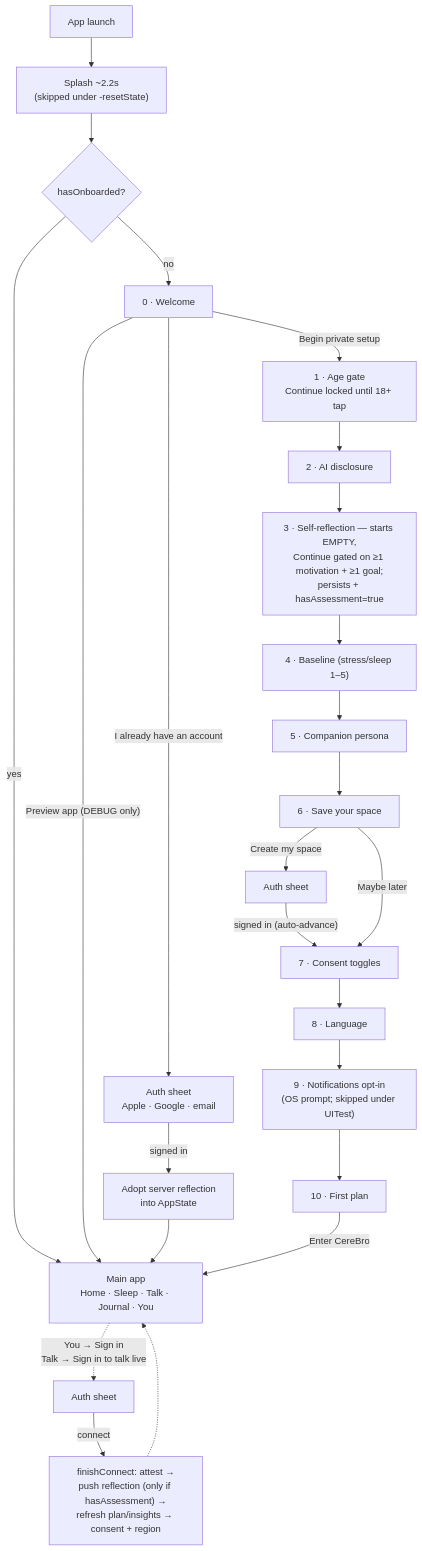
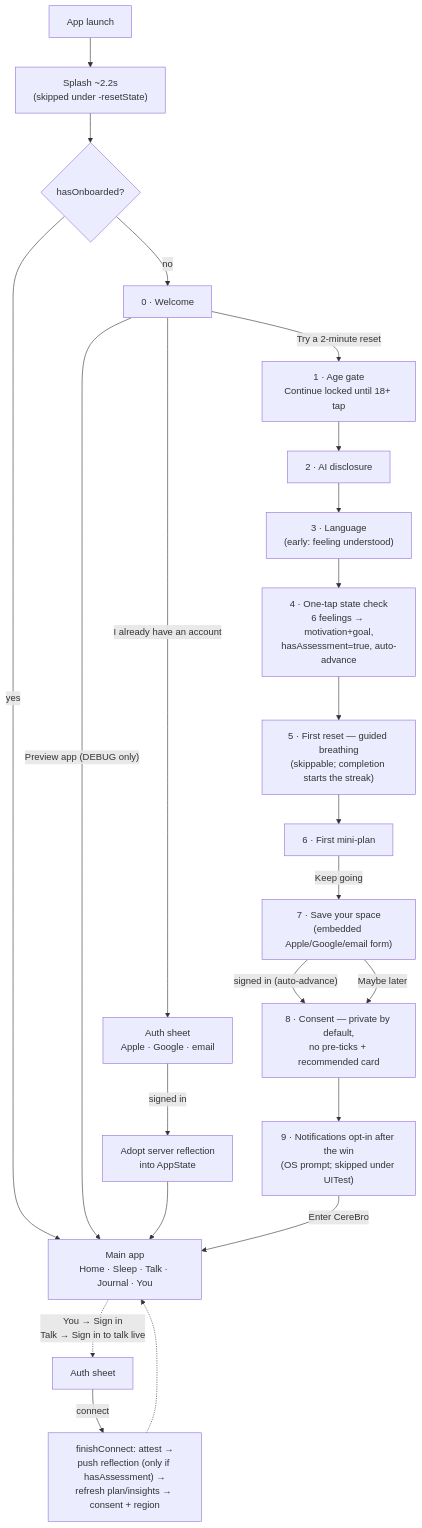
One commit to pawan084/cerebrozen changed the diagram in docs/ARCHITECTURE.md. Above: the diagram before and after it, drawn with Mermaid. The commit also changed other lines of this file and 4 other files, not shown here.

First line of the commit message:
Onboarding: the 90-second flow — one tap, one breath, one plan, then the ask

````diff
--- a/docs/ARCHITECTURE.md
+++ b/docs/ARCHITECTURE.md
@@ -147,29 +148,27 @@
 ```mermaid
 flowchart TD
     L["App launch"] --> S["Splash ~2.2s<br>(skipped under -resetState)"]
     S --> H{"hasOnboarded?"}
     H -- yes --> MAIN["Main app<br>Home · Sleep · Talk · Journal · You"]
     H -- no --> W["0 · Welcome"]
 
-    W -- "Begin private setup" --> AG["1 · Age gate<br>Continue locked until 18+ tap"]
+    W -- "Try a 2-minute reset" --> AG["1 · Age gate<br>Continue locked until 18+ tap"]
     W -- "I already have an account" --> AUTH1["Auth sheet<br>Apple · Google · email"]
     W -- "Preview app (DEBUG only)" --> MAIN
     AUTH1 -- "signed in" --> ADOPT["Adopt server reflection<br>into AppState"] --> MAIN
 
     AG --> DIS["2 · AI disclosure"]
-    DIS --> REF["3 · Self-reflection — starts EMPTY,<br>Continue gated on ≥1 motivation + ≥1 goal;<br>persists + hasAssessment=true"]
-    REF --> BASE["4 · Baseline (stress/sleep 1–5)"]
-    BASE --> COMP["5 · Companion persona"]
-    COMP --> SIGN["6 · Save your space"]
-    SIGN -- "Create my space" --> AUTH2["Auth sheet"]
-    AUTH2 -- "signed in (auto-advance)" --> CONS
-    SIGN -- "Maybe later" --> CONS["7 · Consent toggles"]
-    CONS --> LANG["8 · Language"]
-    LANG --> NOTIF["9 · Notifications opt-in<br>(OS prompt; skipped under UITest)"]
-    NOTIF --> PLAN["10 · First plan"]
-    PLAN -- "Enter CereBro" --> MAIN
+    DIS --> LANG["3 · Language<br>(early: feeling understood)"]
+    LANG --> STATE["4 · One-tap state check<br>6 feelings → motivation+goal,<br>hasAssessment=true, auto-advance"]
+    STATE --> RESET["5 · First reset — guided breathing<br>(skippable; completion starts the streak)"]
+    RESET --> PLAN["6 · First mini-plan"]
+    PLAN -- "Keep going" --> SIGN["7 · Save your space<br>(embedded Apple/Google/email form)"]
+    SIGN -- "signed in (auto-advance)" --> CONS
+    SIGN -- "Maybe later" --> CONS["8 · Consent — private by default,<br>no pre-ticks + recommended card"]
+    CONS --> NOTIF["9 · Notifications opt-in after the win<br>(OS prompt; skipped under UITest)"]
+    NOTIF -- "Enter CereBro" --> MAIN
 
     MAIN -. "You → Sign in<br>Talk → Sign in to talk live" .-> AUTH3["Auth sheet"]
     AUTH3 -- connect --> SYNC["finishConnect: attest →<br>push reflection (only if hasAssessment) →<br>refresh plan/insights → consent + region"]
     SYNC -.-> MAIN
 ```
````
